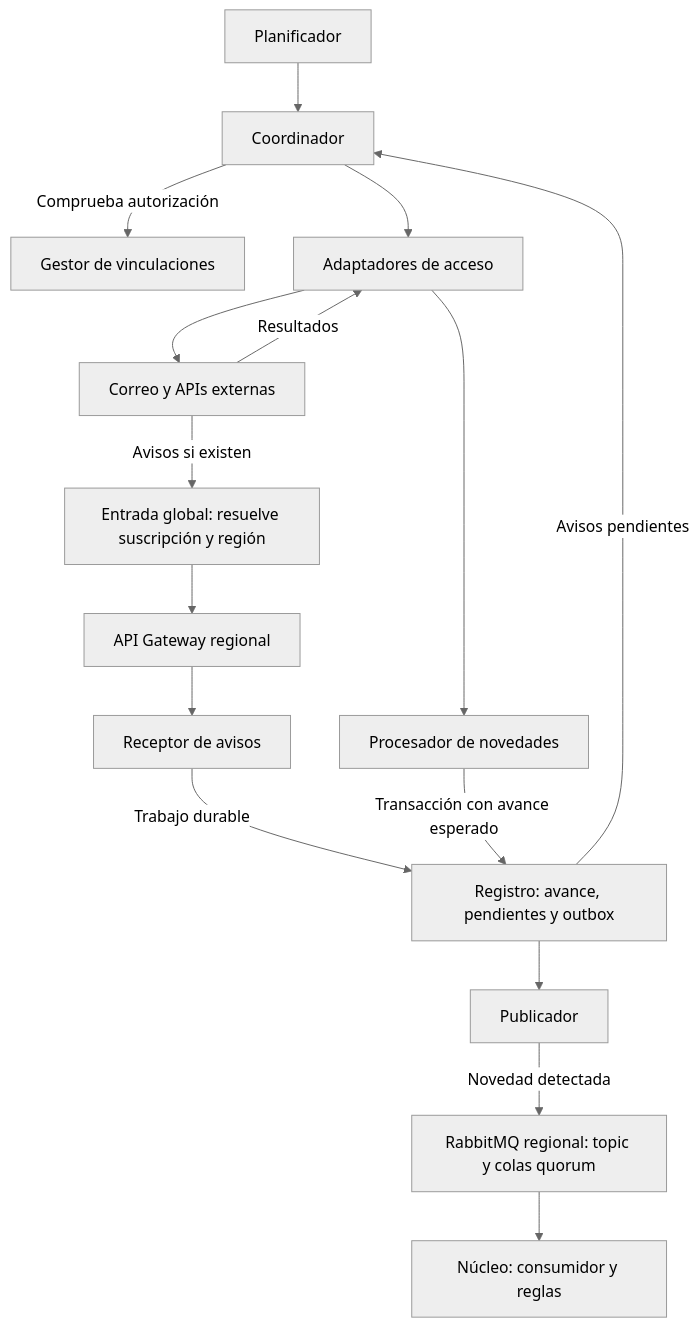
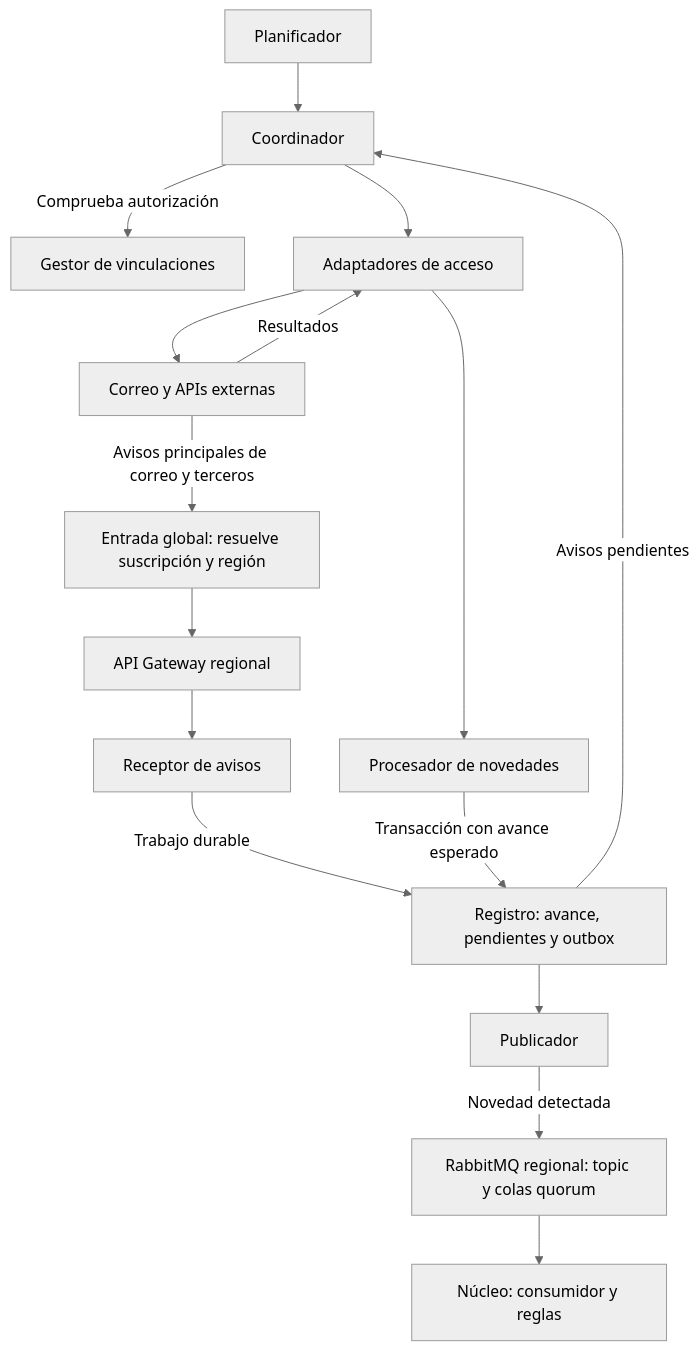
One commit to TadeoBrun1/TPE_software changed the diagram in trotamundos/docs/02-views/ingestion-view.md. Above: the diagram before and after it, drawn with Mermaid (neutral theme). The commit also changed other lines of this file and 22 other files, not shown here.

````diff
--- a/trotamundos/docs/02-views/ingestion-view.md
+++ b/trotamundos/docs/02-views/ingestion-view.md
@@ -7,18 +7,18 @@
 ```mermaid
 flowchart TB
     P["Planificador"] --> C["Coordinador"]
     C -->|"Comprueba autorización"| G["Gestor de vinculaciones"]
     C --> A["Adaptadores de acceso"]
     A --> E["Correo y APIs externas"]
     E -->|"Resultados"| A
     A --> T["Procesador de novedades"]
-    E -->|"Avisos si existen"| EG["Entrada global: resuelve suscripción y región"]
+    E -->|"Avisos principales de correo y terceros"| EG["Entrada global: resuelve suscripción y región"]
     EG --> GW["API Gateway regional"]
     GW --> H["Receptor de avisos"]
     H -->|"Trabajo durable"| R["Registro: avance, pendientes y outbox"]
     R -->|"Avisos pendientes"| C
     T -->|"Transacción con avance esperado"| R
     R --> U["Publicador"]
     U -->|"Novedad detectada"| Q["RabbitMQ regional: topic y colas quorum"]
     Q --> N["Núcleo: consumidor y reglas"]
 ```
````
